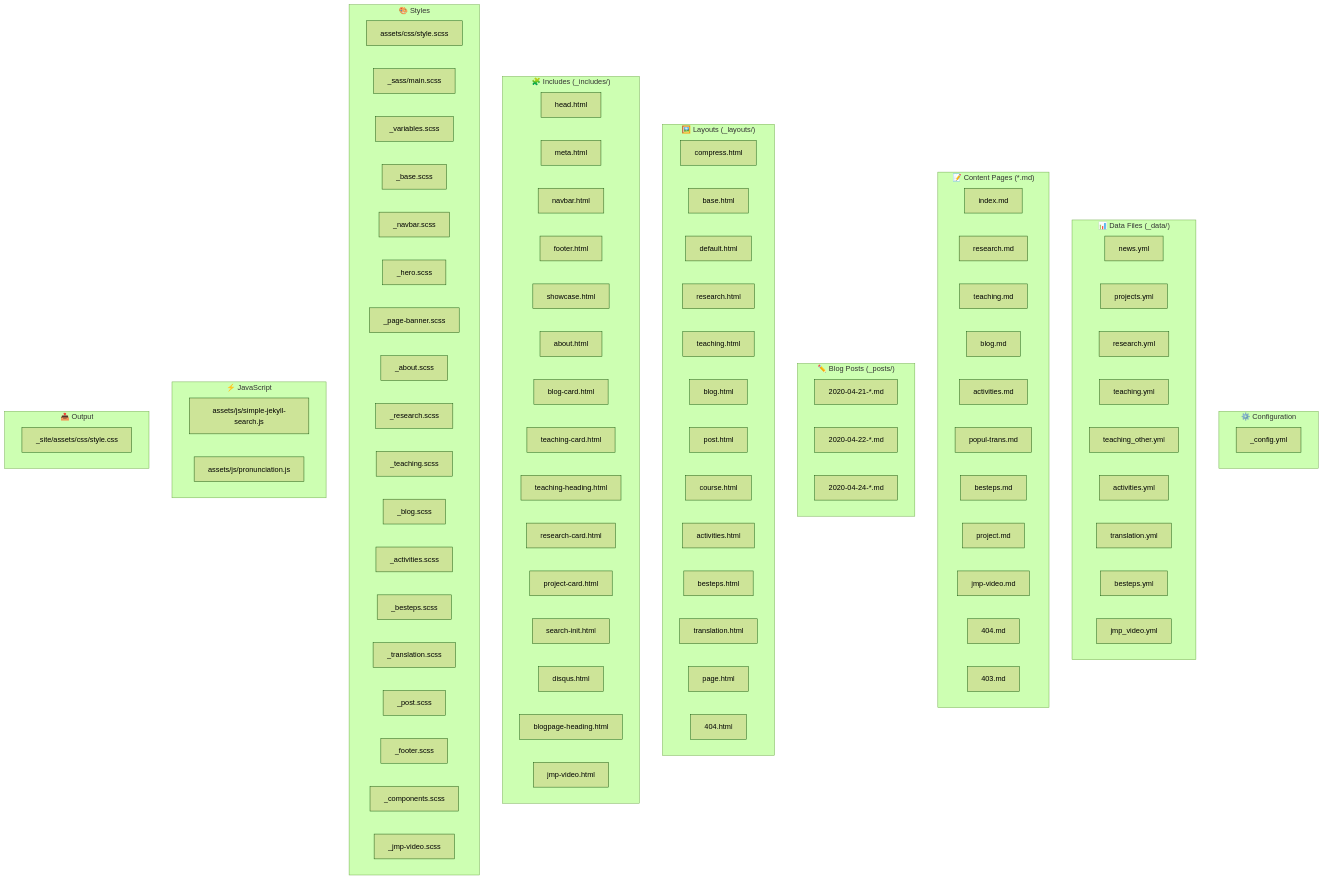
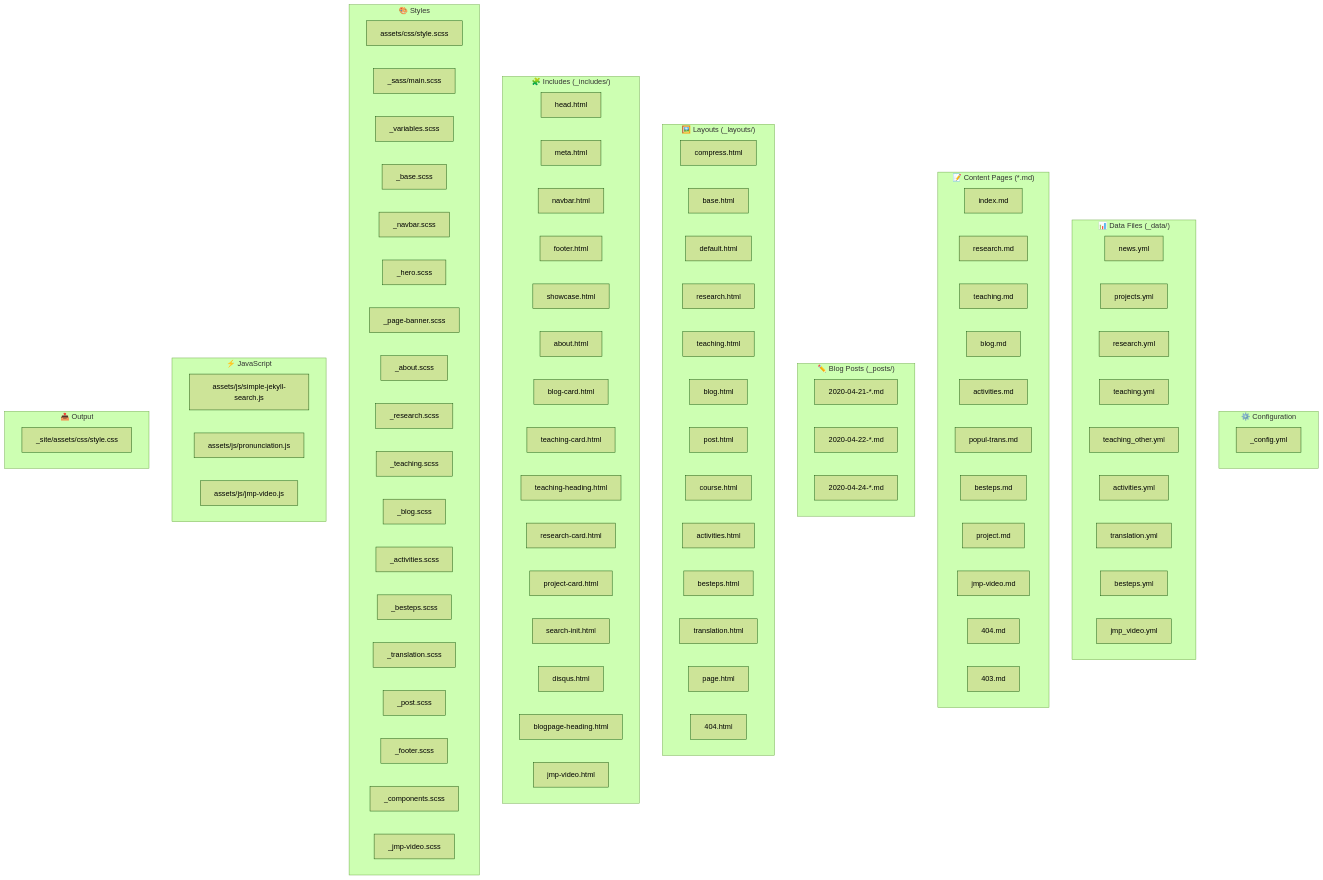
The first of 6 diagrams in ARCHITECTURE.md (lin-mengwei/lin-mengwei.github.io), drawn with Mermaid (forest theme) before and after one commit. The commit also changed other lines of this file and 5 other files, not shown here.

Commit message:
jmp-video

```diff
--- a/ARCHITECTURE.md
+++ b/ARCHITECTURE.md
@@ -100,6 +100,7 @@
     subgraph JS["⚡ JavaScript"]
         search_js[assets/js/simple-jekyll-search.js]
         pronunciation_js[assets/js/pronunciation.js]
+        jmp_video_js[assets/js/jmp-video.js]
     end
 
     subgraph OUTPUT["📤 Output"]
```
